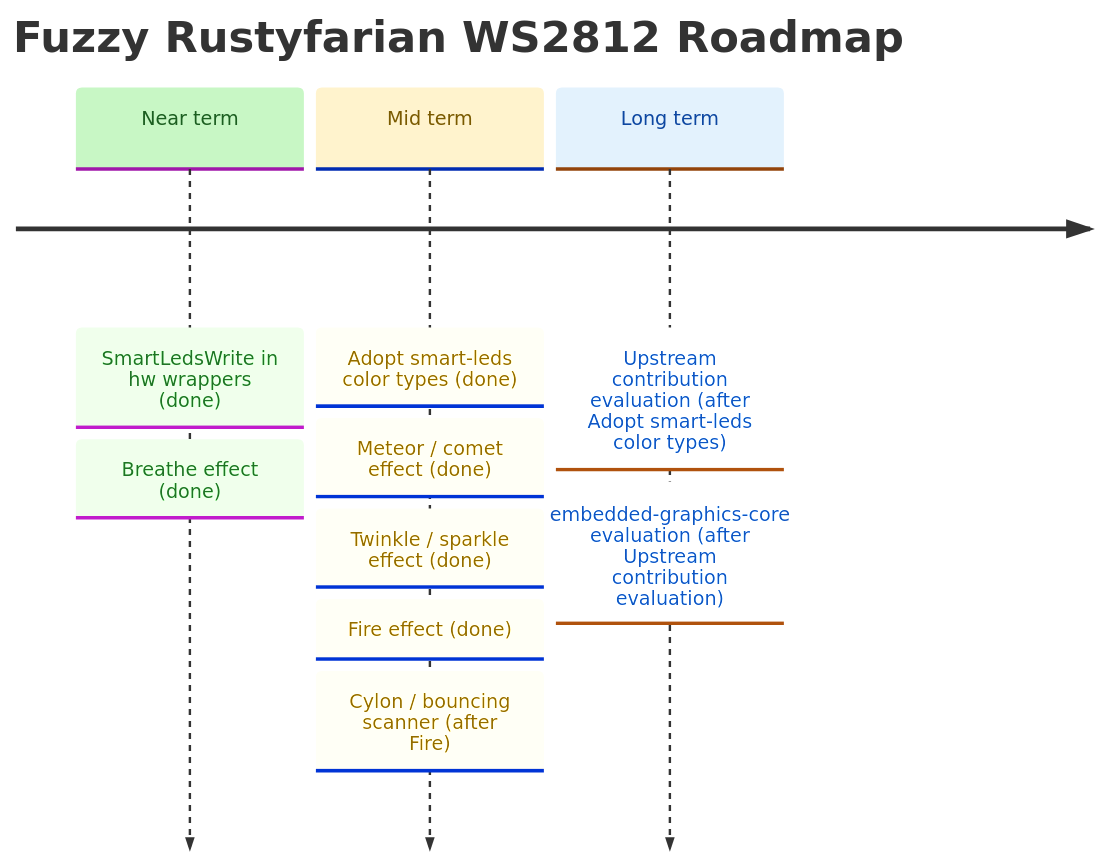
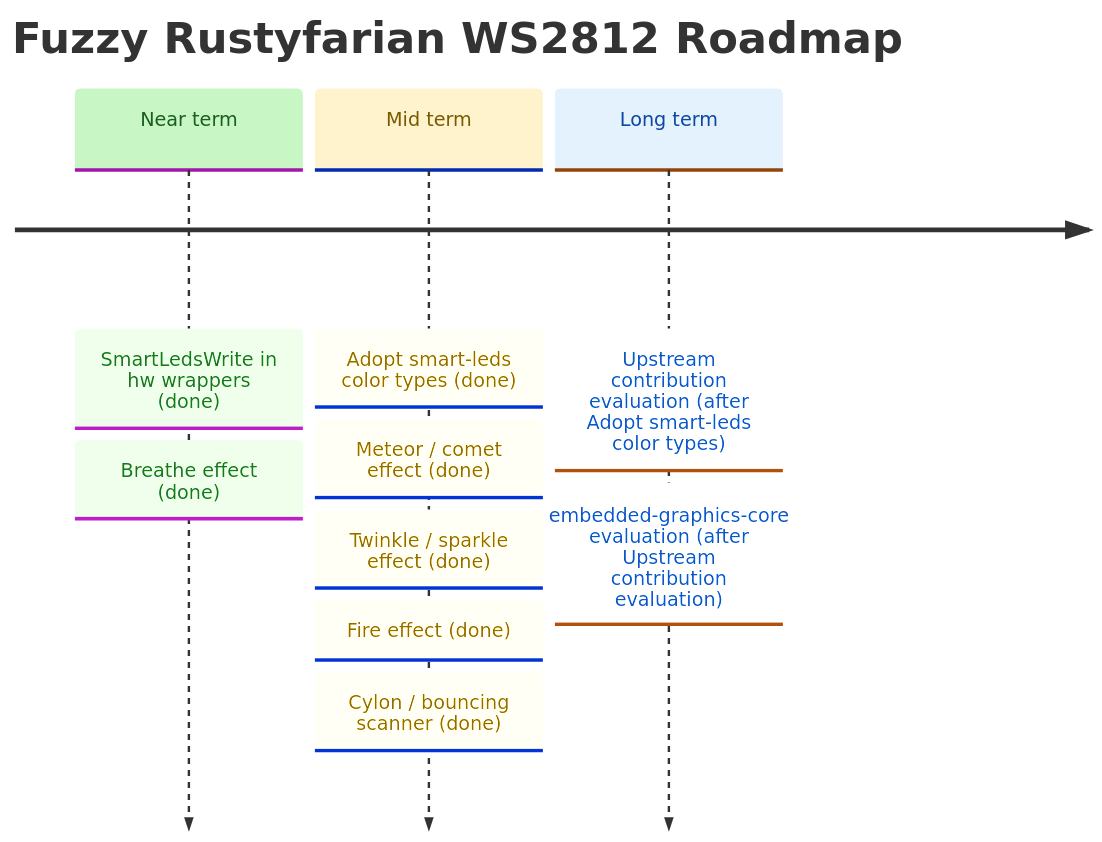
Before and after one commit to datenkollektiv/rustyfarian-ws2812: the diagram in docs/ROADMAP.md, drawn with Mermaid. The commit also changed other lines of this file and 8 other files, not shown here.

````diff
--- a/docs/ROADMAP.md
+++ b/docs/ROADMAP.md
@@ -10,28 +10,28 @@
 ```mermaid
 %%{init: {
   "theme": "base",
   "themeVariables": {
     "cScale0": "#c8f7c5",
     "cScaleLabel0": "#1b5e20",
     "cScale1": "#fff3cd",
     "cScaleLabel1": "#7a5a00",
     "cScale2": "#e3f2fd",
     "cScaleLabel2": "#0d47a1"
   }
 }}%%
 
 timeline
     title Fuzzy Rustyfarian WS2812 Roadmap
 
     Near term : SmartLedsWrite in hw wrappers (done)
               : Breathe effect (done)
 
     Mid term  : Adopt smart-leds color types (done)
               : Meteor / comet effect (done)
               : Twinkle / sparkle effect (done)
               : Fire effect (done)
-              : Cylon / bouncing scanner (after Fire)
+              : Cylon / bouncing scanner (done)
 
     Long term : Upstream contribution evaluation (after Adopt smart-leds color types)
               : embedded-graphics-core evaluation (after Upstream contribution evaluation)
 ```
````
